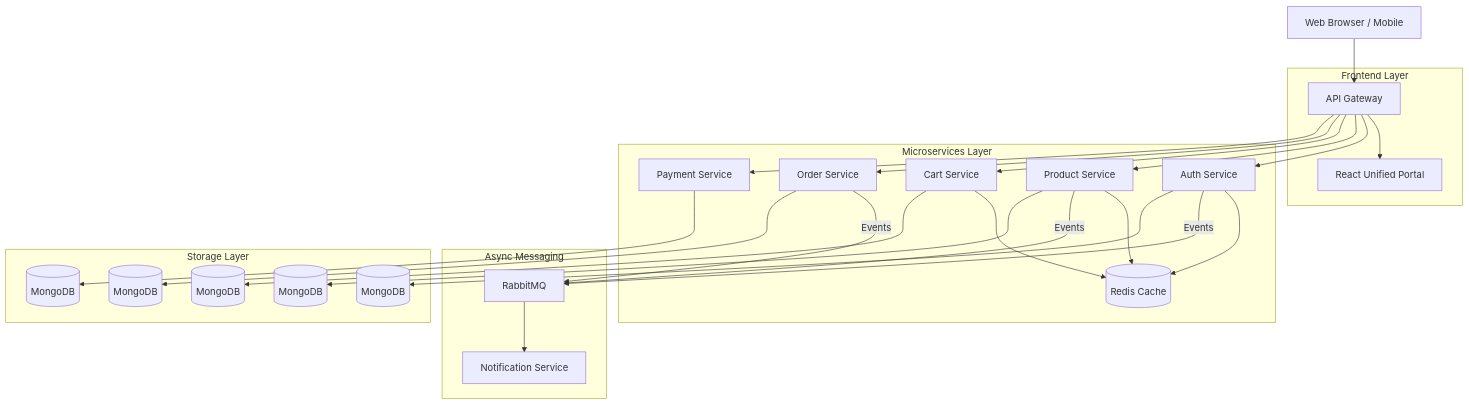
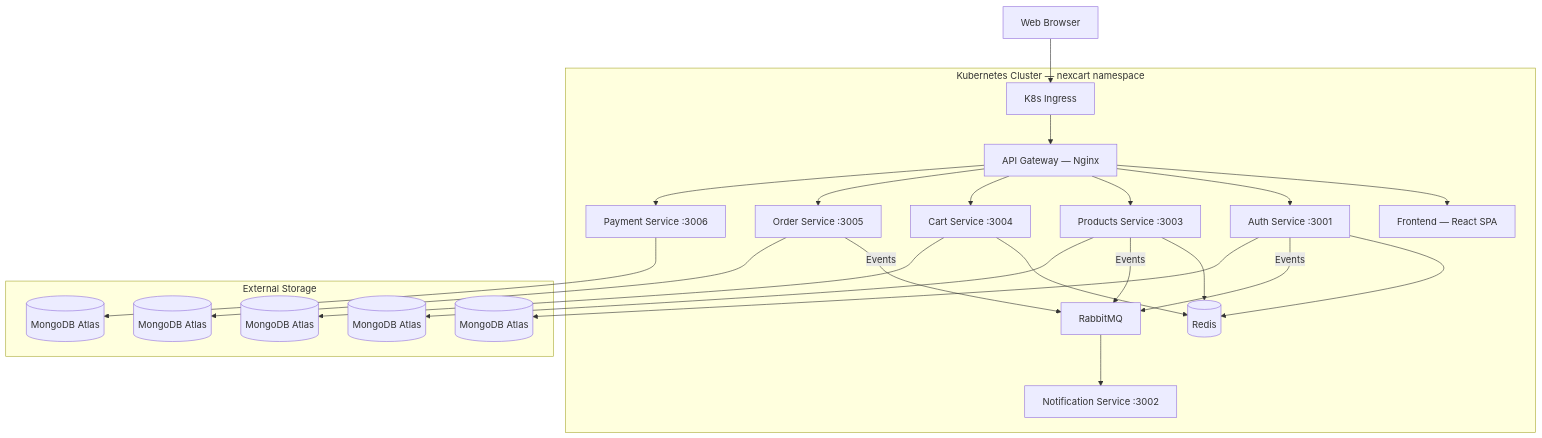
One commit to Shresth2725/NexCart changed the first of 2 diagrams in README.md. Above: the diagram before and after it, drawn with Mermaid. The commit also changed other lines of this file and 1 other file, not shown here.

````diff
--- a/README.md
+++ b/README.md
@@ -11,35 +11,32 @@
 ```mermaid
 graph TD
-    Client[Web Browser / Mobile] --> AGW[API Gateway]
-    
-    subgraph "Frontend Layer"
-        AGW --> FE[React Unified Portal]
-    end
+    Client[Web Browser] --> Ingress[K8s Ingress]
 
-    subgraph "Microservices Layer"
-        AGW --> Auth[Auth Service]
-        AGW --> Prod[Product Service]
-        AGW --> Cart[Cart Service]
-        AGW --> Order[Order Service]
-        AGW --> Pay[Payment Service]
-        
-        Auth --> Redis[(Redis Cache)]
+    subgraph "Kubernetes Cluster — nexcart namespace"
+        Ingress --> AGW[API Gateway — Nginx]
+        AGW --> FE[Frontend — React SPA]
+
+        AGW --> Auth[Auth Service :3001]
+        AGW --> Prod[Products Service :3003]
+        AGW --> Cart[Cart Service :3004]
+        AGW --> Order[Order Service :3005]
+        AGW --> Pay[Payment Service :3006]
+
+        Auth --> Redis[(Redis)]
         Prod --> Redis
         Cart --> Redis
-    end
 
-    subgraph "Async Messaging"
         Auth -- Events --> RMQ[RabbitMQ]
         Prod -- Events --> RMQ
         Order -- Events --> RMQ
-        RMQ --> Notif[Notification Service]
+        RMQ --> Notif[Notification Service :3002]
     end
 
-    subgraph "Storage Layer"
-        Auth --> ADB[(MongoDB)]
-        Prod --> PDB[(MongoDB)]
-        Cart --> CDB[(MongoDB)]
-        Order --> ODB[(MongoDB)]
-        Pay --> PYDB[(MongoDB)]
+    subgraph "External Storage"
+        Auth --> ADB[(MongoDB Atlas)]
+        Prod --> PDB[(MongoDB Atlas)]
+        Cart --> CDB[(MongoDB Atlas)]
+        Order --> ODB[(MongoDB Atlas)]
+        Pay --> PYDB[(MongoDB Atlas)]
     end
 ```
````
